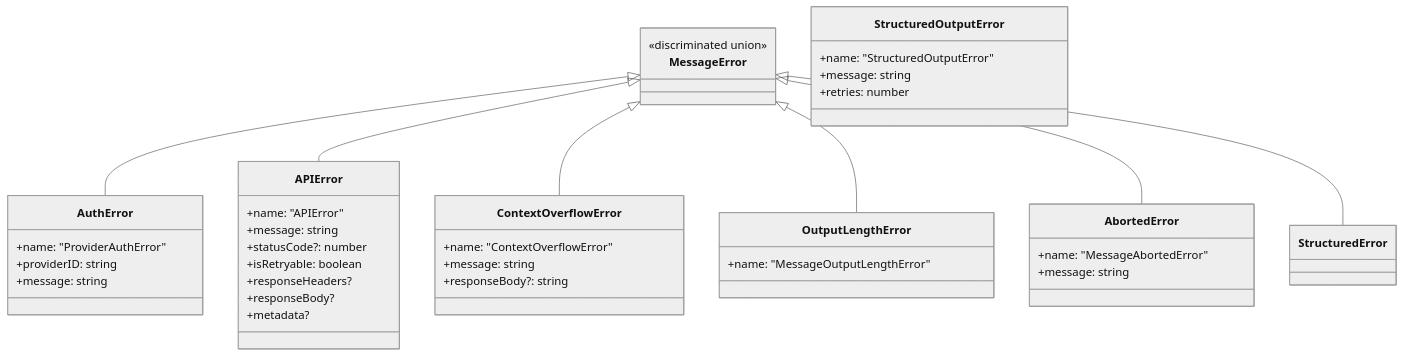
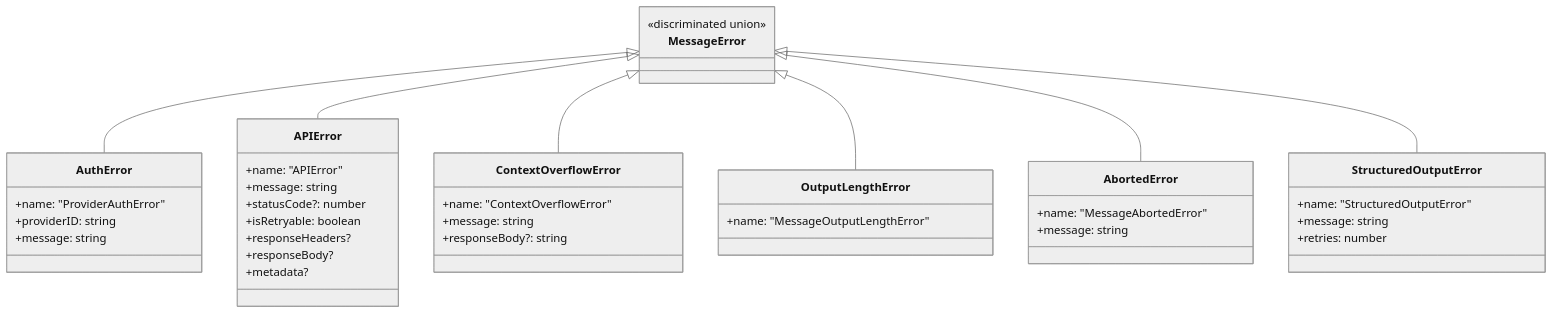
Before and after one commit to LeoNardo-LB/source-code-analysis: the eighth of 8 diagrams in opencode/docs/part-2-推理阶段/04-Provider适配与API调用.md, drawn with Mermaid (neutral theme). The commit also changed other lines of this file and 14 other files, not shown here.

````diff
--- a/opencode/docs/part-2-推理阶段/04-Provider适配与API调用.md
+++ b/opencode/docs/part-2-推理阶段/04-Provider适配与API调用.md
@@ -653,44 +653,44 @@
 ```mermaid
 classDiagram
     class MessageError {
         <<discriminated union>>
     }
     class AuthError {
         +name: "ProviderAuthError"
         +providerID: string
         +message: string
     }
     class APIError {
         +name: "APIError"
         +message: string
         +statusCode?: number
         +isRetryable: boolean
         +responseHeaders?
         +responseBody?
         +metadata?
     }
     class ContextOverflowError {
         +name: "ContextOverflowError"
         +message: string
         +responseBody?: string
     }
     class OutputLengthError {
         +name: "MessageOutputLengthError"
     }
     class AbortedError {
         +name: "MessageAbortedError"
         +message: string
     }
     class StructuredOutputError {
         +name: "StructuredOutputError"
         +message: string
         +retries: number
     }
 
     MessageError <|-- AuthError
     MessageError <|-- APIError
     MessageError <|-- ContextOverflowError
     MessageError <|-- OutputLengthError
     MessageError <|-- AbortedError
-    MessageError <|-- StructuredError
+    MessageError <|-- StructuredOutputError
 ```
````
